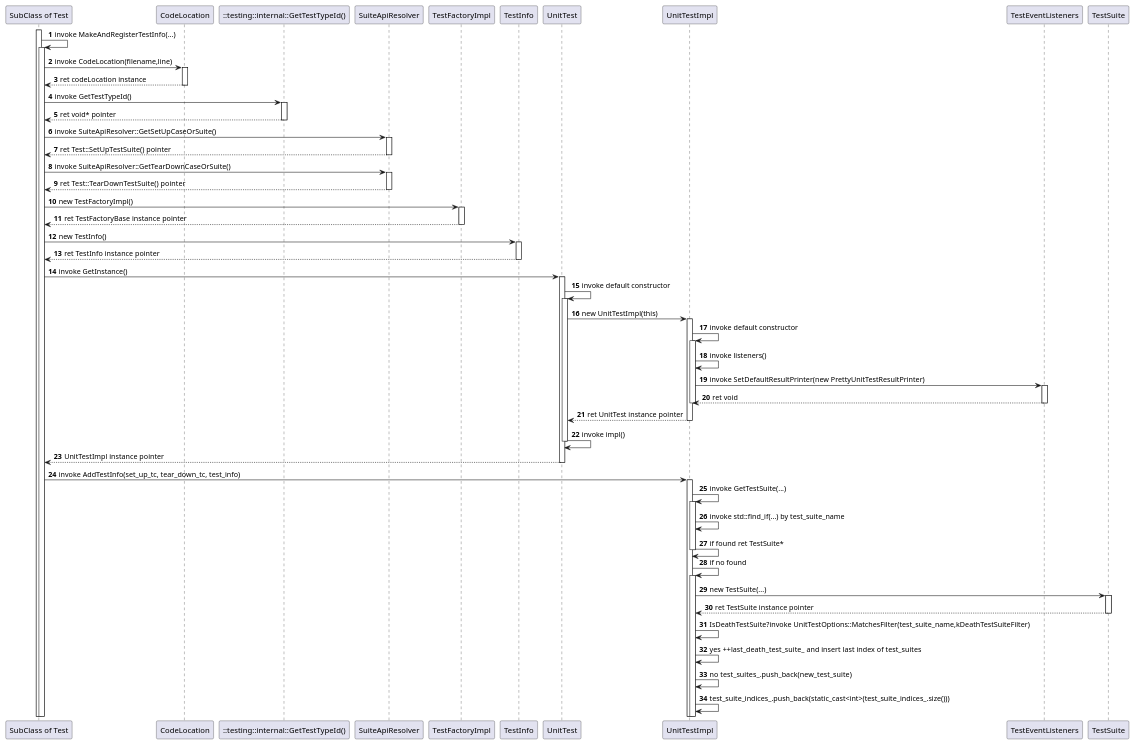
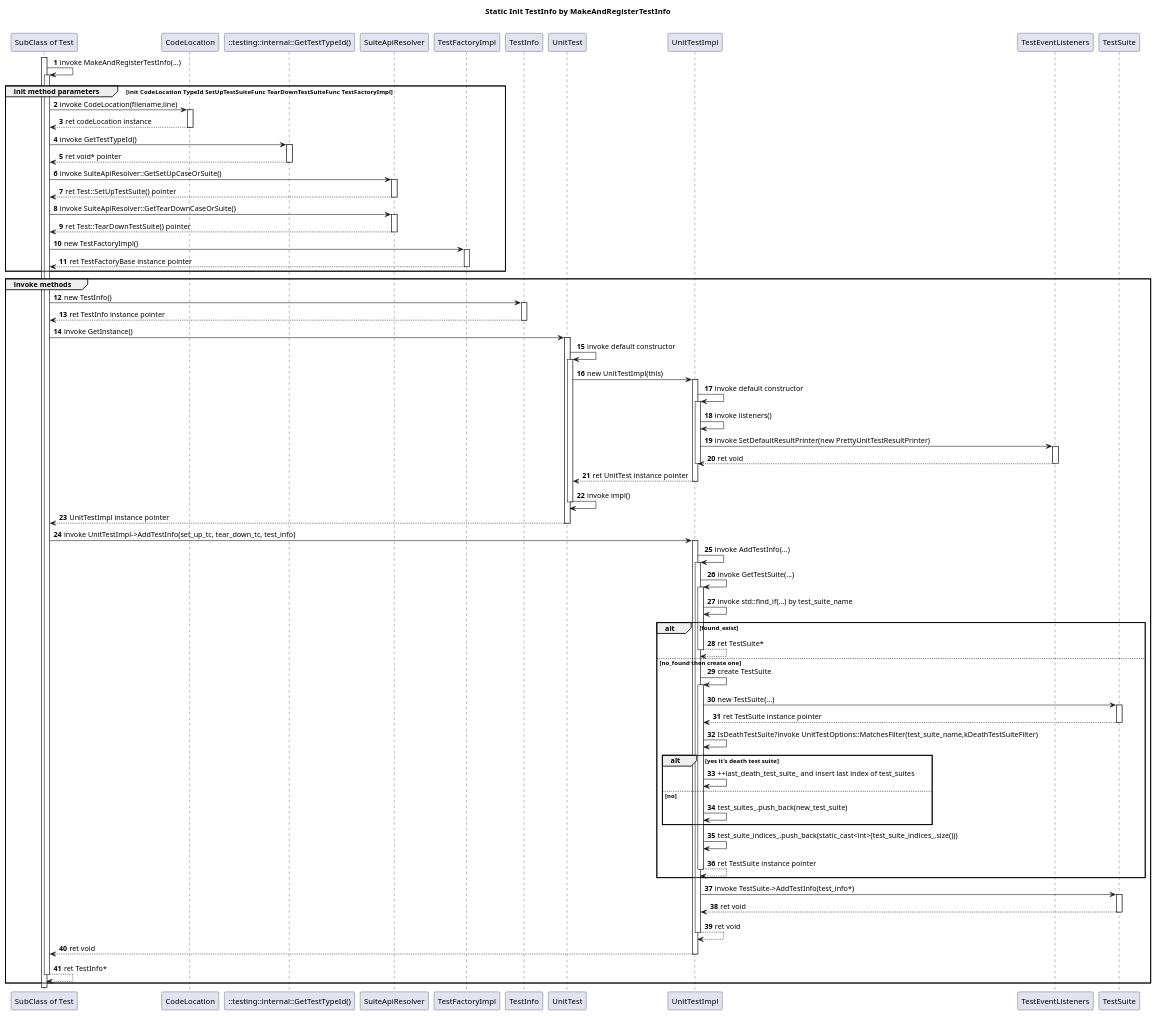
Before and after one commit to yanxueweicn/tdd_dev: the diagram in uml_sequence_diagram.puml, drawn with PlantUML.

Commit message:
增加类图和顺序图

```diff
--- a/uml_sequence_diagram.puml
+++ b/uml_sequence_diagram.puml
@@ -1,56 +1,75 @@
 @startuml
 'https://plantuml.com/sequence-diagram
+title
+ <b>Static Init TestInfo by MakeAndRegisterTestInfo
 
+end title
 participant "SubClass of Test" as Test
 participant "CodeLocation"
 participant "::testing::internal::GetTestTypeId()" as TypeId
 participant "SuiteApiResolver"
 participant "TestFactoryImpl"
 participant "TestInfo"
 
 autonumber
 
 activate Test
 Test -> Test ++ : invoke MakeAndRegisterTestInfo(...)
 
-'init method parameters
-Test ->  CodeLocation ++ : invoke CodeLocation(filename,line)
-return ret codeLocation instance
-Test -> TypeId ++ : invoke GetTestTypeId()
-return ret void* pointer
-Test -> SuiteApiResolver ++ : invoke SuiteApiResolver::GetSetUpCaseOrSuite()
-return ret Test::SetUpTestSuite() pointer
-Test -> SuiteApiResolver ++ : invoke SuiteApiResolver::GetTearDownCaseOrSuite()
-return ret Test::TearDownTestSuite() pointer
-Test -> TestFactoryImpl ++ : new TestFactoryImpl()
-return ret TestFactoryBase instance pointer
+group init method parameters [init CodeLocation TypeId SetUpTestSuiteFunc TearDownTestSuiteFunc TestFactoryImpl]
+    Test ->  CodeLocation ++ : invoke CodeLocation(filename,line)
+    return ret codeLocation instance
+    Test -> TypeId ++ : invoke GetTestTypeId()
+    return ret void* pointer
+    Test -> SuiteApiResolver ++ : invoke SuiteApiResolver::GetSetUpCaseOrSuite()
+    return ret Test::SetUpTestSuite() pointer
+    Test -> SuiteApiResolver ++ : invoke SuiteApiResolver::GetTearDownCaseOrSuite()
+    return ret Test::TearDownTestSuite() pointer
+    Test -> TestFactoryImpl ++ : new TestFactoryImpl()
+    return ret TestFactoryBase instance pointer
+end
 
-'invoke methods
-Test -> TestInfo ++ : new TestInfo()
-return ret TestInfo instance pointer
-Test -> UnitTest ++ : invoke GetInstance()
-UnitTest -> UnitTest ++ : invoke default constructor
-UnitTest -> UnitTestImpl ++ : new UnitTestImpl(this)
-UnitTestImpl -> UnitTestImpl ++ : invoke default constructor
-UnitTestImpl -> UnitTestImpl  : invoke listeners()
-UnitTestImpl -> TestEventListeners ++ : invoke SetDefaultResultPrinter(new PrettyUnitTestResultPrinter)
-return  ret void
-deactivate UnitTestImpl
-return ret UnitTest instance pointer
-UnitTest -> UnitTest -- : invoke impl()
-return UnitTestImpl instance pointer
-Test -> UnitTestImpl ++ : invoke AddTestInfo(set_up_tc, tear_down_tc, test_info)
-UnitTestImpl -> UnitTestImpl ++ : invoke GetTestSuite(...)
-UnitTestImpl -> UnitTestImpl  : invoke std::find_if(...) by test_suite_name
-UnitTestImpl -> UnitTestImpl -- : if found ret TestSuite*
-UnitTestImpl -> UnitTestImpl ++ : if no found
-UnitTestImpl -> TestSuite ++ : new TestSuite(...)
-return ret TestSuite instance pointer
-UnitTestImpl -> UnitTestImpl : IsDeathTestSuite?invoke UnitTestOptions::MatchesFilter(test_suite_name,kDeathTestSuiteFilter)
-UnitTestImpl -> UnitTestImpl : yes  ++last_death_test_suite_ and insert last index of test_suites
-UnitTestImpl -> UnitTestImpl : no  test_suites_.push_back(new_test_suite)
-UnitTestImpl -> UnitTestImpl : test_suite_indices_.push_back(static_cast<int>(test_suite_indices_.size()))
+group invoke methods
+    Test -> TestInfo ++ : new TestInfo()
+    return ret TestInfo instance pointer
+    Test -> UnitTest ++ : invoke GetInstance()
+    UnitTest -> UnitTest ++ : invoke default constructor
+    UnitTest -> UnitTestImpl ++ : new UnitTestImpl(this)
+    UnitTestImpl -> UnitTestImpl ++ : invoke default constructor
+    UnitTestImpl -> UnitTestImpl  : invoke listeners()
+    UnitTestImpl -> TestEventListeners ++ : invoke SetDefaultResultPrinter(new PrettyUnitTestResultPrinter)
+    return  ret void
+    deactivate UnitTestImpl
+    return ret UnitTest instance pointer
+    UnitTest -> UnitTest -- : invoke impl()
+    return UnitTestImpl instance pointer
+    Test -> UnitTestImpl ++ : invoke UnitTestImpl->AddTestInfo(set_up_tc, tear_down_tc, test_info)
+    UnitTestImpl -> UnitTestImpl ++ : invoke AddTestInfo(...)
+    UnitTestImpl -> UnitTestImpl ++ : invoke GetTestSuite(...)
+    UnitTestImpl -> UnitTestImpl  : invoke std::find_if(...) by test_suite_name
 
+    alt  found_exist
+        'UnitTestImpl -> UnitTestImpl  :  ret TestSuite*
+        return  ret TestSuite*
+    else no_found then create one
+        UnitTestImpl -> UnitTestImpl ++ : create TestSuite
+        UnitTestImpl -> TestSuite ++ : new TestSuite(...)
+        return ret TestSuite instance pointer
+        UnitTestImpl -> UnitTestImpl : IsDeathTestSuite?invoke UnitTestOptions::MatchesFilter(test_suite_name,kDeathTestSuiteFilter)
+        alt yes it's death test suite
+            UnitTestImpl -> UnitTestImpl : ++last_death_test_suite_ and insert last index of test_suites
+        else no
+            UnitTestImpl -> UnitTestImpl : test_suites_.push_back(new_test_suite)
+        end
+        UnitTestImpl -> UnitTestImpl : test_suite_indices_.push_back(static_cast<int>(test_suite_indices_.size()))
+        return ret TestSuite instance pointer
+    end
+    UnitTestImpl -> TestSuite ++ : invoke TestSuite->AddTestInfo(test_info*)
+    return ret void
+    return ret void
+    return ret void
+    return ret TestInfo*
+end
 
 
 @enduml
```
